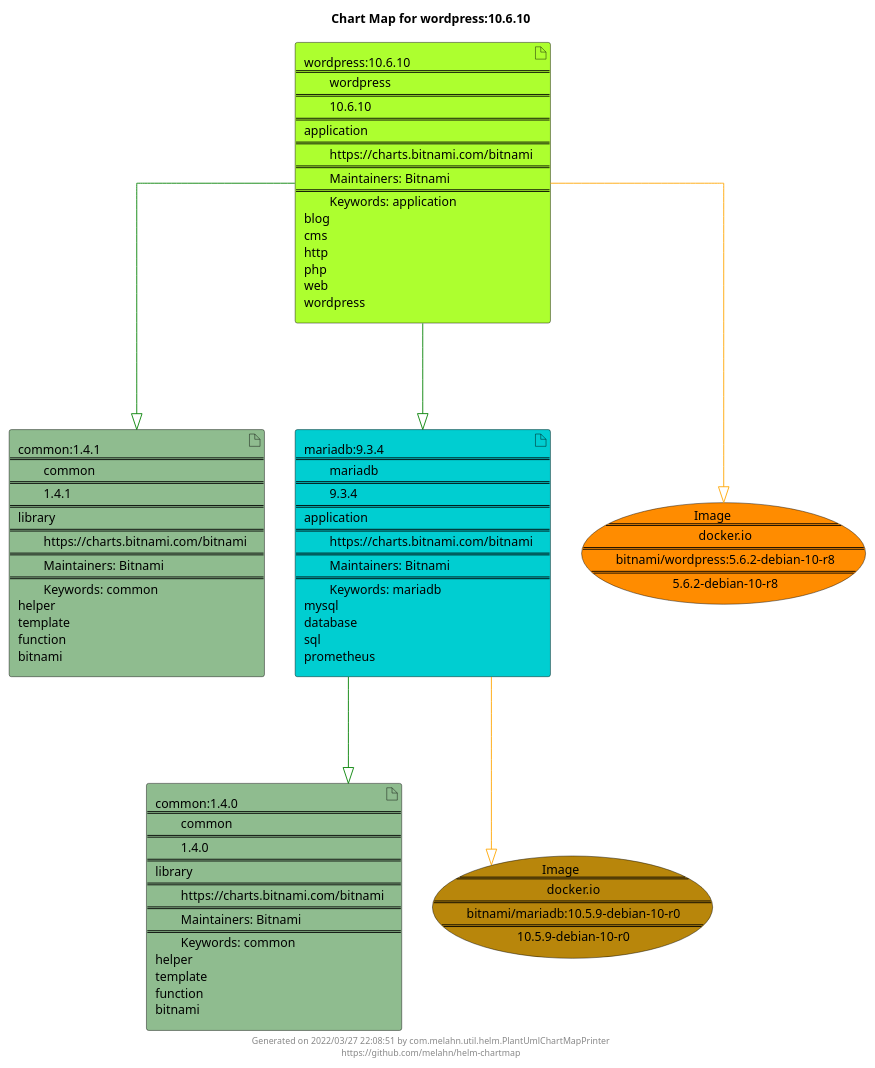
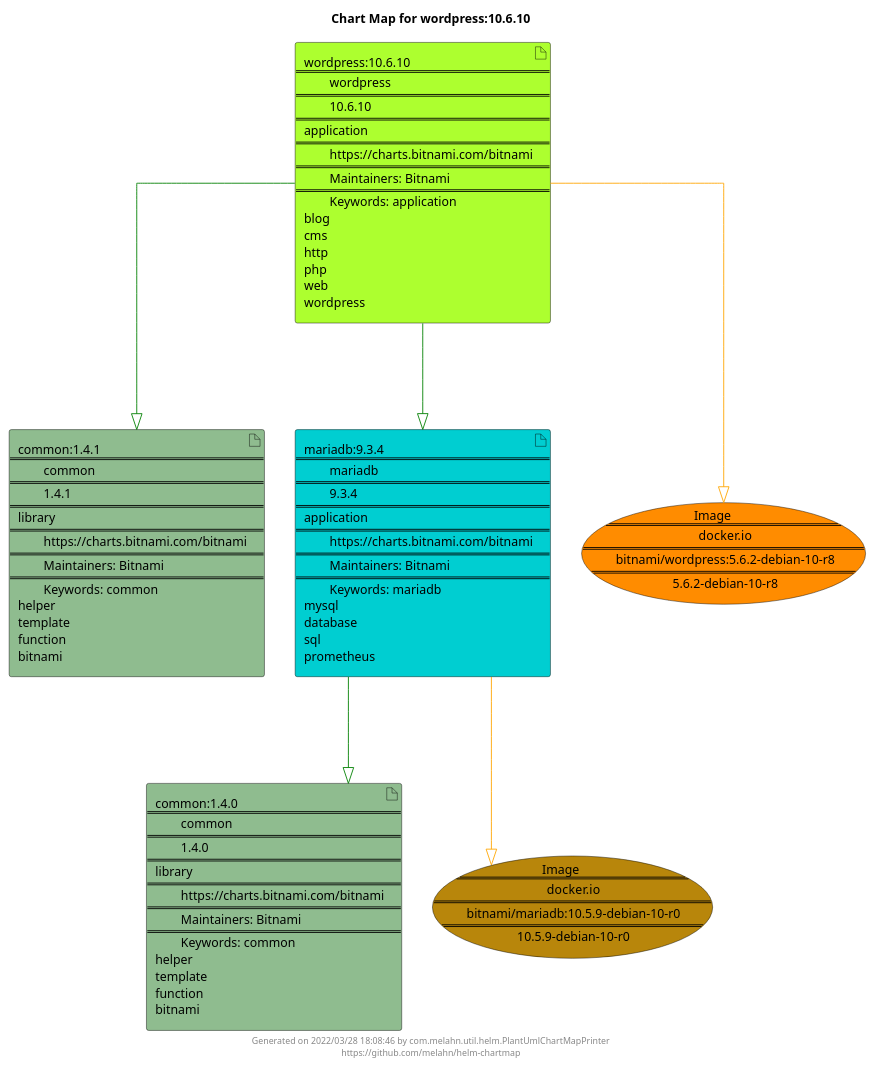
The diagram in docs/wordpress/wordpress-10.6.10.puml (melahn/helm-chartmap), drawn with PlantUML before and after one commit. The commit also changed 55 other files, not shown here.

Commit message:
Update Example Chart Maps as part of GitHub build

```diff
--- a/docs/wordpress/wordpress-10.6.10.puml
+++ b/docs/wordpress/wordpress-10.6.10.puml
@@ -1,29 +1,29 @@
 @startuml
 skinparam linetype ortho
 skinparam backgroundColor white
 skinparam usecaseBorderColor black
 skinparam usecaseArrowColor LightSlateGray
 skinparam artifactBorderColor black
 skinparam artifactArrowColor LightSlateGray
 
 title Chart Map for wordpress:10.6.10
 
 'There are 4 referenced Helm Charts
 artifact "common:1.4.1\n====\n\tcommon\n====\n\t1.4.1\n====\nlibrary\n====\n\thttps://charts.bitnami.com/bitnami\n====\n\tMaintainers: Bitnami\n====\n\tKeywords: common\nhelper\ntemplate\nfunction\nbitnami" as common_1_4_1 #DarkSeaGreen
 artifact "mariadb:9.3.4\n====\n\tmariadb\n====\n\t9.3.4\n====\napplication\n====\n\thttps://charts.bitnami.com/bitnami\n====\n\tMaintainers: Bitnami\n====\n\tKeywords: mariadb\nmysql\ndatabase\nsql\nprometheus" as mariadb_9_3_4 #DarkTurquoise
 artifact "common:1.4.0\n====\n\tcommon\n====\n\t1.4.0\n====\nlibrary\n====\n\thttps://charts.bitnami.com/bitnami\n====\n\tMaintainers: Bitnami\n====\n\tKeywords: common\nhelper\ntemplate\nfunction\nbitnami" as common_1_4_0 #DarkSeaGreen
 artifact "wordpress:10.6.10\n====\n\twordpress\n====\n\t10.6.10\n====\napplication\n====\n\thttps://charts.bitnami.com/bitnami\n====\n\tMaintainers: Bitnami\n====\n\tKeywords: application\nblog\ncms\nhttp\nphp\nweb\nwordpress" as wordpress_10_6_10 #GreenYellow
 
 'There are 2 referenced Docker Images
 usecase "Image\n====\n\tdocker.io\n====\n\tbitnami/wordpress:5.6.2-debian-10-r8\n====\n\t5.6.2-debian-10-r8" as docker_io_bitnami_wordpress_5_6_2_debian_10_r8 #Darkorange
 usecase "Image\n====\n\tdocker.io\n====\n\tbitnami/mariadb:10.5.9-debian-10-r0\n====\n\t10.5.9-debian-10-r0" as docker_io_bitnami_mariadb_10_5_9_debian_10_r0 #DarkGoldenRod
 
 'Chart Dependencies
 wordpress_10_6_10--[#green]-|>common_1_4_1
 wordpress_10_6_10--[#green]-|>mariadb_9_3_4
 mariadb_9_3_4--[#green]-|>common_1_4_0
 mariadb_9_3_4--[#orange]-|>docker_io_bitnami_mariadb_10_5_9_debian_10_r0
 wordpress_10_6_10--[#orange]-|>docker_io_bitnami_wordpress_5_6_2_debian_10_r8
 
-center footer Generated on 2022/03/27 22:08:51 by com.melahn.util.helm.PlantUmlChartMapPrinter\nhttps://github.com/melahn/helm-chartmap
+center footer Generated on 2022/03/28 18:08:46 by com.melahn.util.helm.PlantUmlChartMapPrinter\nhttps://github.com/melahn/helm-chartmap
 @enduml
```
